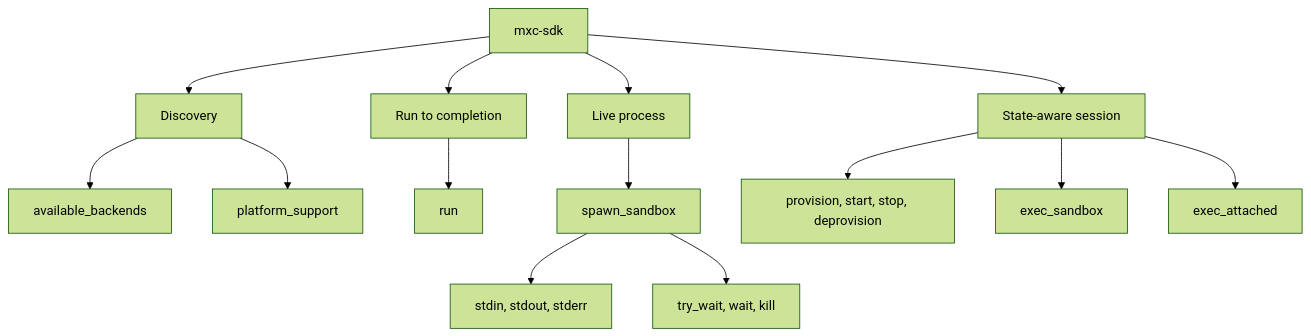
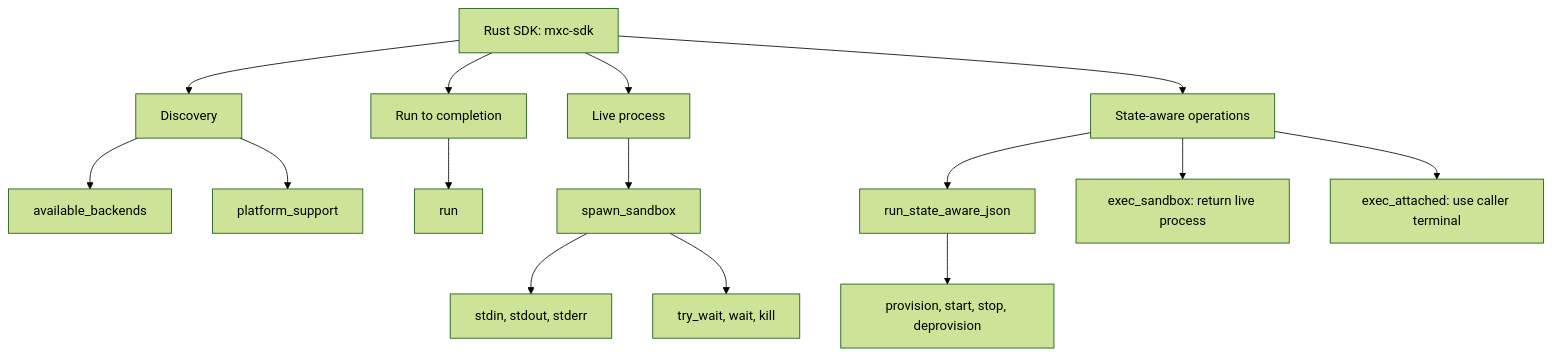
One commit to microsoft/mxc changed the second of 3 diagrams in docs/designs/SDK/01-shared-rust-api.md. Above: the diagram before and after it, drawn with Mermaid (forest theme). The commit also changed other lines of this file and 3 other files, not shown here.

````diff
--- a/docs/designs/SDK/01-shared-rust-api.md
+++ b/docs/designs/SDK/01-shared-rust-api.md
@@ -29,17 +30,18 @@
 ```mermaid
 flowchart TD
-    S[mxc-sdk]
+    S[Rust SDK: mxc-sdk]
     S --> D[Discovery]
     S --> R[Run to completion]
     S --> P[Live process]
-    S --> A[State-aware session]
+    S --> A[State-aware operations]
     D --> D1[available_backends]
     D --> D2[platform_support]
     R --> R1[run]
     P --> P1[spawn_sandbox]
     P1 --> P2[stdin, stdout, stderr]
     P1 --> P3[try_wait, wait, kill]
-    A --> A1[provision, start, stop, deprovision]
-    A --> A2[exec_sandbox]
-    A --> A3[exec_attached]
+    A --> A1[run_state_aware_json]
+    A1 --> A4[provision, start, stop, deprovision]
+    A --> A2[exec_sandbox: return live process]
+    A --> A3[exec_attached: use caller terminal]
 ```
````
